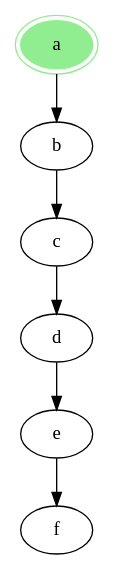
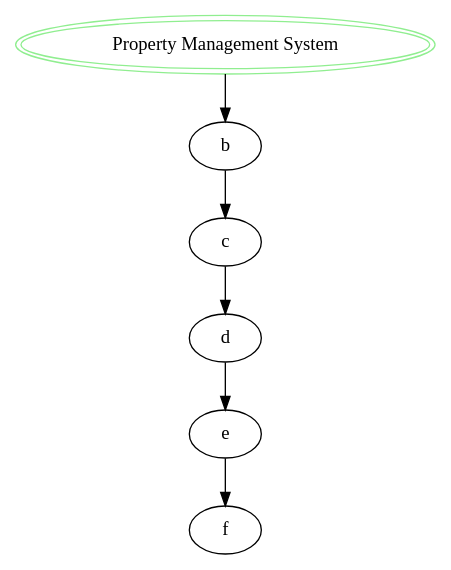
The diagram in docs/source/flowSequence.rst (IIITM-Jay/Property-Management-System-Docs), drawn with Graphviz before and after one commit.

```diff
--- a/docs/source/flowSequence.rst
+++ b/docs/source/flowSequence.rst
@@ -5,7 +5,7 @@
 .. graphviz::
    :align: center
 
    digraph {
       a->b->c->d->e->f;
-      a [peripheries=2,color=lightgreen,style=filled];
+      a [shap=ellipse, peripheries=2,color=lightgreen, label="Property Management System"];
    }
```
